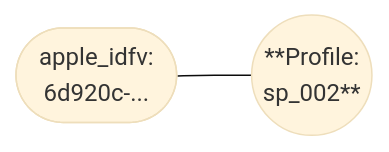
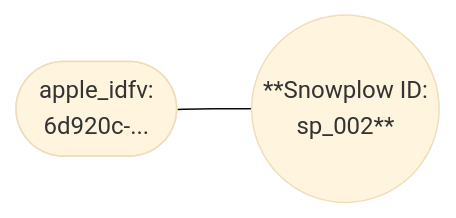
One commit to snowplow/documentation changed the second of 3 diagrams in docs/identities/concepts/merges/index.md. Above: the diagram before and after it, drawn with Mermaid (base theme). The commit also changed other lines of this file and 7 other files, not shown here.

````diff
--- a/docs/identities/concepts/merges/index.md
+++ b/docs/identities/concepts/merges/index.md
@@ -41,7 +41,7 @@
 ```mermaid
 graph LR
     C(["apple_idfv:<br/>6d920c-..."])
-    P2(("**Profile:<br/> sp_002**"))
+    P2(("**Snowplow ID:<br/> sp_002**"))
 
     C --- P2
 ```
````
